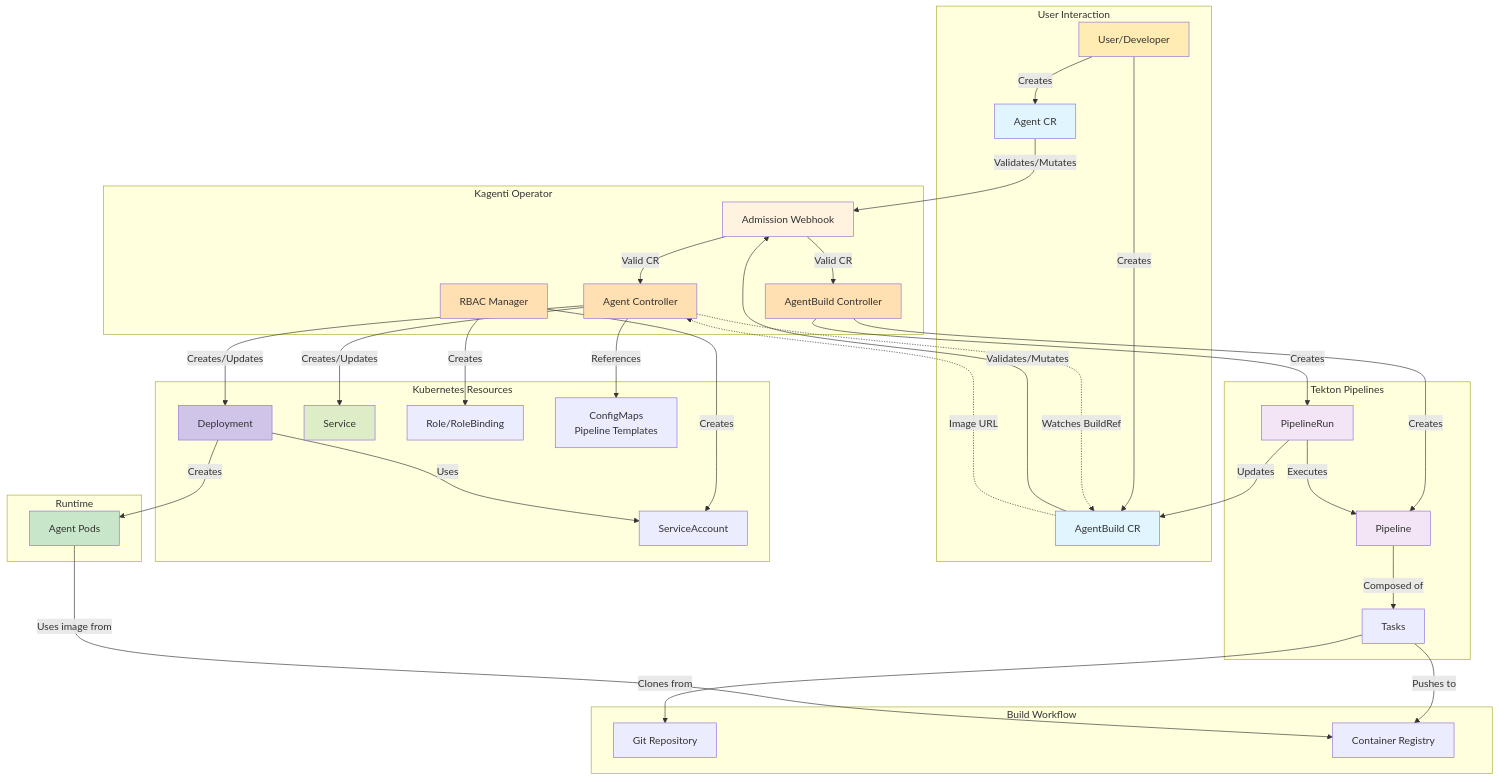
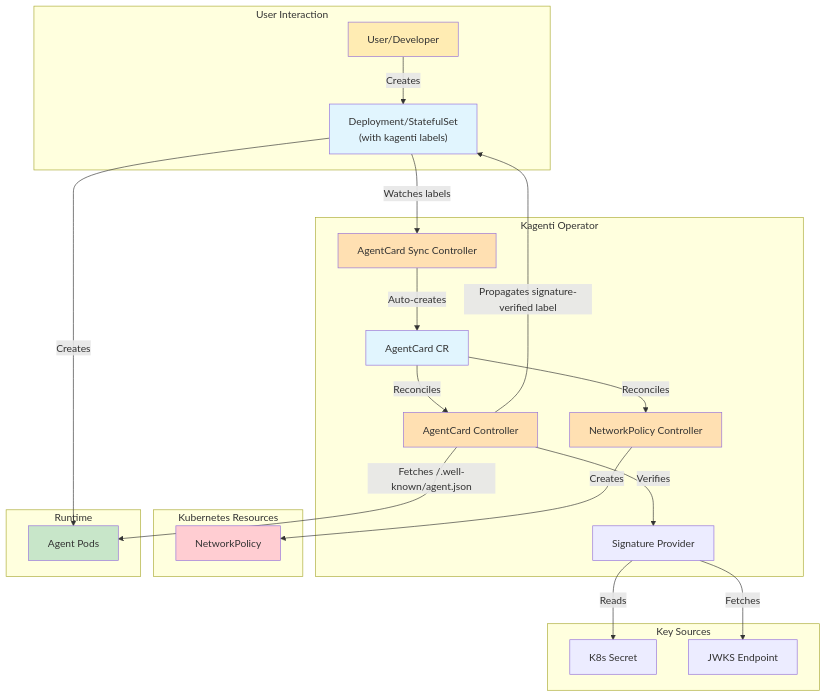
Before and after one commit to DeanKelly751/kagenti-operator: the diagram in kagenti-operator/docs/architecture.md, drawn with Mermaid. The commit also changed other lines of this file and 8 other files, not shown here.

First line of the commit message:
docs: update documentation to reflect new architecture

````diff
--- a/kagenti-operator/docs/architecture.md
+++ b/kagenti-operator/docs/architecture.md
@@ -82,81 +104,50 @@
 ```mermaid
 graph TB
     subgraph "User Interaction"
         User[User/Developer]
-        User -->|Creates| AgentCR[Agent CR]
-        User -->|Creates| BuildCR[AgentBuild CR]
+        User -->|Creates| Workload["Deployment/StatefulSet\n(with kagenti labels)"]
     end
 
     subgraph "Kagenti Operator"
-        Webhook[Admission Webhook]
-        AgentController[Agent Controller]
-        BuildController[AgentBuild Controller]
-        RBACManager[RBAC Manager]
-        
-        AgentCR -->|Validates/Mutates| Webhook
-        BuildCR -->|Validates/Mutates| Webhook
-        
-        Webhook -->|Valid CR| AgentController
-        Webhook -->|Valid CR| BuildController
+        AgentCardSync[AgentCard Sync Controller]
+        AgentCardController[AgentCard Controller]
+        NetworkPolicyCtrl[NetworkPolicy Controller]
+        SigProvider[Signature Provider]
+
+        Workload -->|Watches labels| AgentCardSync
+        AgentCardSync -->|Auto-creates| AgentCardCR[AgentCard CR]
+
+        AgentCardCR -->|Reconciles| AgentCardController
+        AgentCardController -->|Verifies| SigProvider
+        AgentCardCR -->|Reconciles| NetworkPolicyCtrl
     end
 
     subgraph "Kubernetes Resources"
-        Deployment[Deployment]
-        Service[Service]
-        SA[ServiceAccount]
-        Role[Role/RoleBinding]
-        ConfigMap[ConfigMaps<br/>Pipeline Templates]
-        
-        AgentController -->|Creates/Updates| Deployment
-        AgentController -->|Creates/Updates| Service
-        AgentController -->|References| ConfigMap
-        RBACManager -->|Creates| SA
-        RBACManager -->|Creates| Role
-        
-        Deployment -->|Uses| SA
-    end
+        NetPol[NetworkPolicy]
 
-    subgraph "Tekton Pipelines"
-        Pipeline[Pipeline]
-        PipelineRun[PipelineRun]
-        Task[Tasks]
-        
-        BuildController -->|Creates| Pipeline
-        BuildController -->|Creates| PipelineRun
-        Pipeline -->|Composed of| Task
-        PipelineRun -->|Executes| Pipeline
-        
-        PipelineRun -->|Updates| BuildCR
-    end
-
-    subgraph "Build Workflow"
-        Git[Git Repository]
-        Registry[Container Registry]
-        
-        Task -->|Clones from| Git
-        Task -->|Pushes to| Registry
+        NetworkPolicyCtrl -->|Creates| NetPol
     end
 
     subgraph "Runtime"
         Pod[Agent Pods]
-        
-        Deployment -->|Creates| Pod
-        Pod -->|Uses image from| Registry
+        Workload -->|Creates| Pod
+        AgentCardController -->|"Fetches /.well-known/agent.json"| Pod
+        AgentCardController -->|"Propagates signature-verified label"| Workload
     end
 
-    AgentController -.->|Watches BuildRef| BuildCR
-    BuildCR -.->|Image URL| AgentController
+    subgraph "Key Sources"
+        Secret[K8s Secret]
+        JWKS[JWKS Endpoint]
+        SigProvider -->|Reads| Secret
+        SigProvider -->|Fetches| JWKS
+    end
 
     style User fill:#ffecb3
-    style AgentCR fill:#e1f5fe
-    style BuildCR fill:#e1f5fe
-    style Webhook fill:#fff3e0
-    style AgentController fill:#ffe0b2
-    style BuildController fill:#ffe0b2
-    style RBACManager fill:#ffe0b2
-    style Deployment fill:#d1c4e9
-    style Service fill:#dcedc8
+    style Workload fill:#e1f5fe
+    style AgentCardCR fill:#e1f5fe
+    style AgentCardSync fill:#ffe0b2
+    style AgentCardController fill:#ffe0b2
+    style NetworkPolicyCtrl fill:#ffe0b2
     style Pod fill:#c8e6c9
-    style Pipeline fill:#f3e5f5
-    style PipelineRun fill:#f3e5f5
+    style NetPol fill:#ffcdd2
 ```
````
